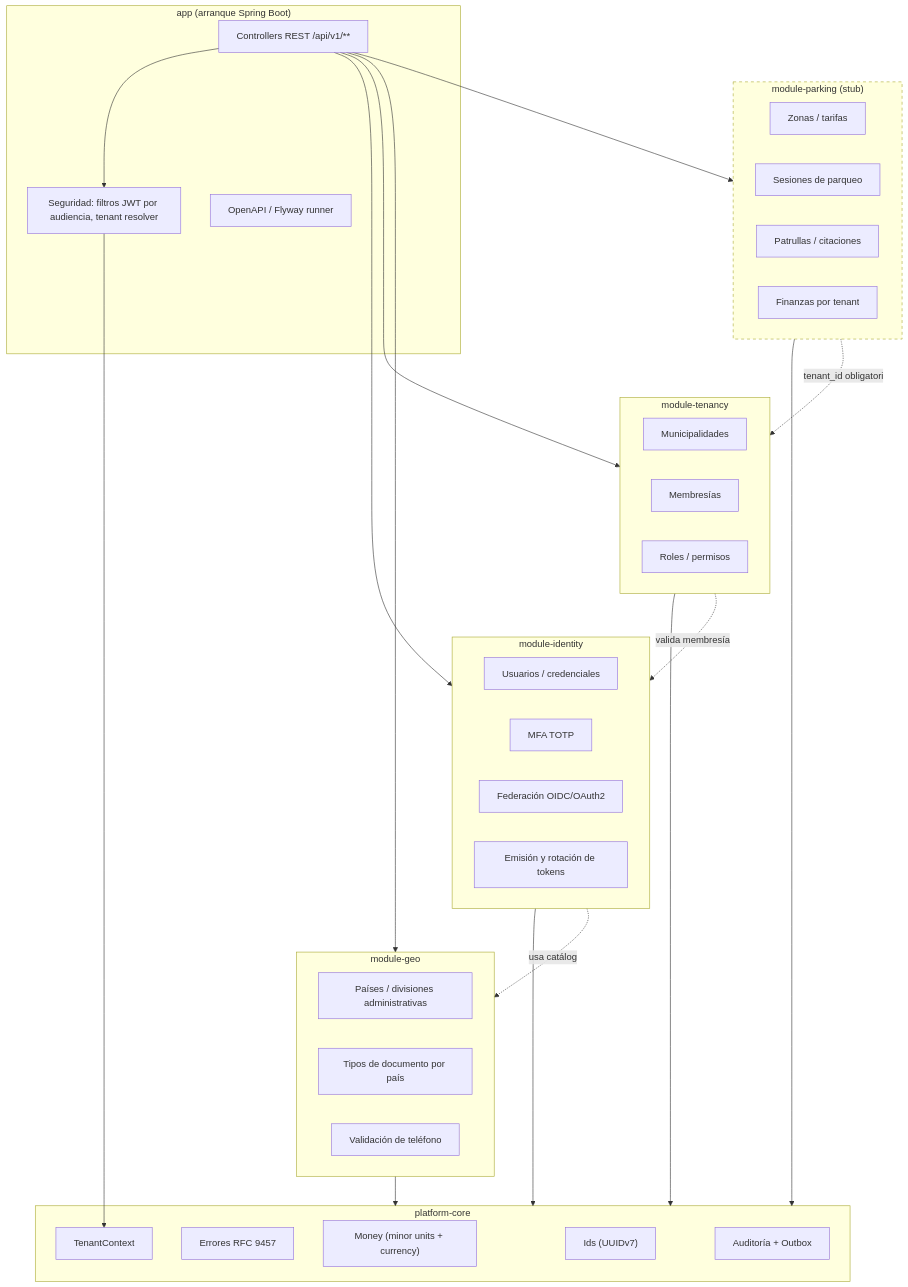
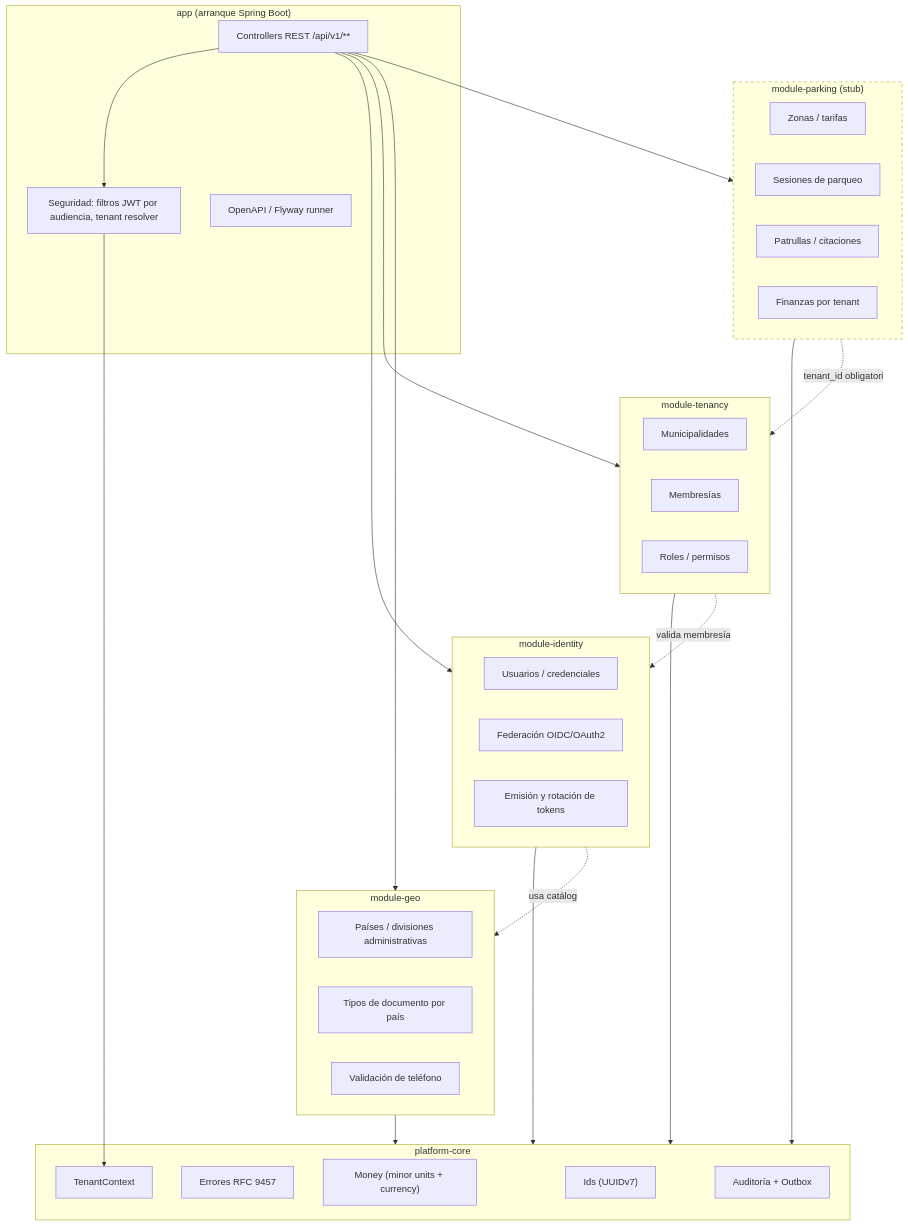
Before and after one commit to lisoft875/luparx-evolution: the second of 3 diagrams in docs/ARCHITECTURE.md, drawn with Mermaid. The commit also changed other lines of this file and 88 other files, not shown here.

````diff
--- a/docs/ARCHITECTURE.md
+++ b/docs/ARCHITECTURE.md
@@ -75,60 +75,59 @@
 ```mermaid
 graph TB
   subgraph app["app (arranque Spring Boot)"]
     controllers["Controllers REST /api/v1/**"]
     security["Seguridad: filtros JWT por audiencia, tenant resolver"]
     openapi["OpenAPI / Flyway runner"]
   end
 
   subgraph core["platform-core"]
     ids["Ids (UUIDv7)"]
     errors["Errores RFC 9457"]
     money["Money (minor units + currency)"]
     tenantctx["TenantContext"]
     audit["Auditoría + Outbox"]
   end
 
   subgraph geo["module-geo"]
     countries["Países / divisiones administrativas"]
     doctypes["Tipos de documento por país"]
     phones["Validación de teléfono"]
   end
 
   subgraph identity["module-identity"]
     users["Usuarios / credenciales"]
-    mfa["MFA TOTP"]
     federation["Federación OIDC/OAuth2"]
     tokens["Emisión y rotación de tokens"]
   end
 
   subgraph tenancy["module-tenancy"]
     tenants["Municipalidades"]
     memberships["Membresías"]
     roles["Roles / permisos"]
   end
 
   subgraph parking["module-parking (stub)"]
     zones["Zonas / tarifas"]
     sessions["Sesiones de parqueo"]
     citations["Patrullas / citaciones"]
     finance["Finanzas por tenant"]
   end
 
   controllers --> security --> tenantctx
   controllers --> identity
   controllers --> tenancy
   controllers --> geo
   controllers --> parking
 
   identity --> core
   tenancy --> core
   geo --> core
   parking --> core
 
   identity -.usa catálogo.-> geo
   tenancy -.valida membresía.-> identity
   parking -.tenant_id obligatorio.-> tenancy
 
   classDef stub stroke-dasharray: 5 5
   class parking stub
 ```
````
